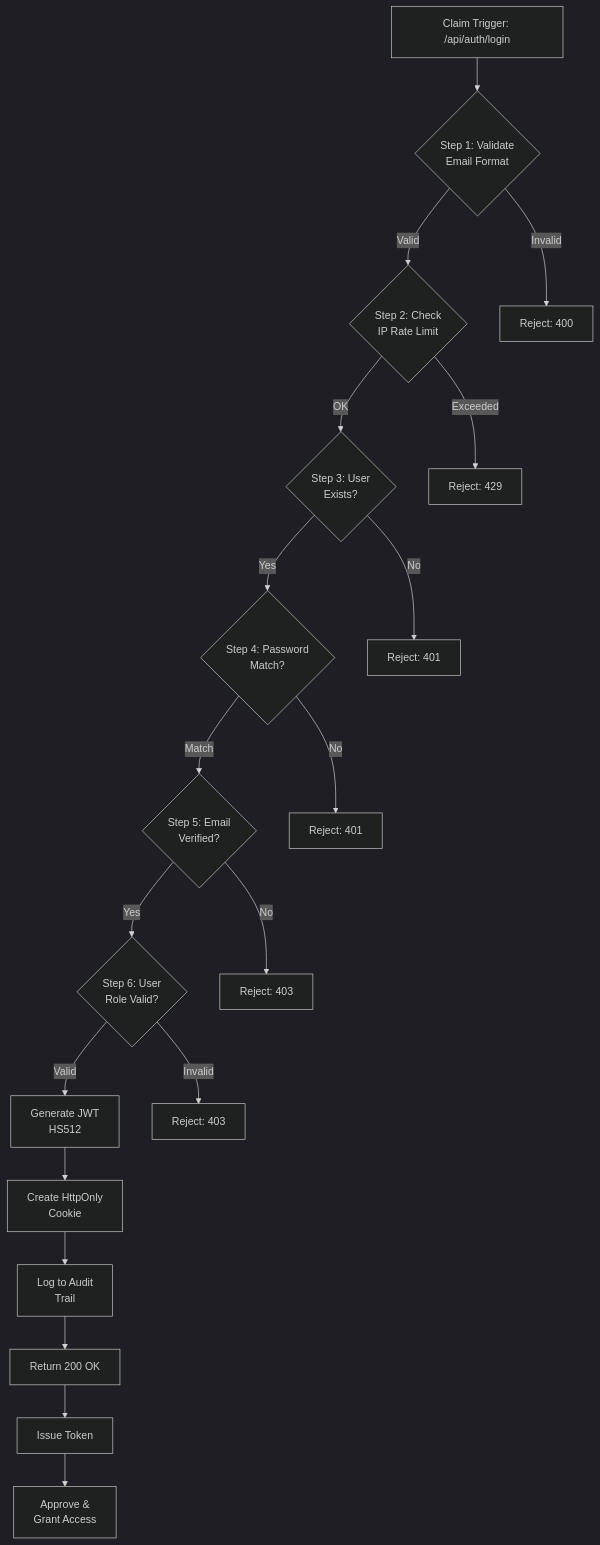
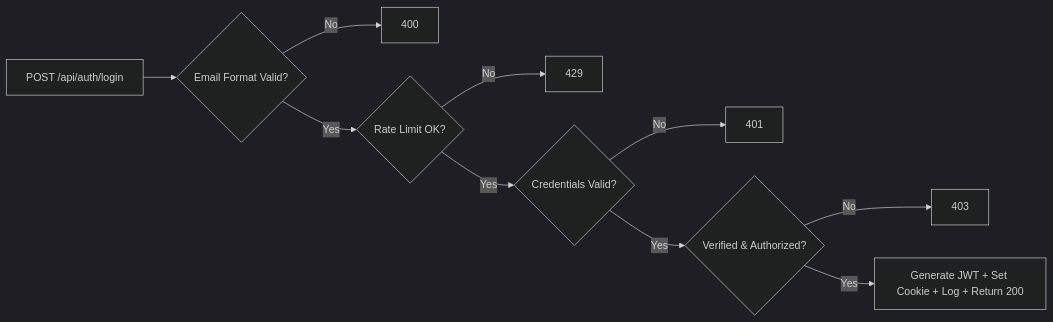
The second of 4 diagrams in README.md (LHemu2005/bridgesoft), drawn with Mermaid (dark theme) before and after one commit.

Commit message:
Revise flowchart direction and steps in README
Updated the flowchart to reflect changes in the Zero-Trust Validation Pipeline.

````diff
--- a/README.md
+++ b/README.md
@@ -246,27 +246,16 @@
 ```mermaid
-flowchart TD
-    A[Claim Trigger: /api/auth/login] --> B{Step 1: Validate<br/>Email Format}
-    B -->|Valid| C{Step 2: Check<br/>IP Rate Limit}
-    B -->|Invalid| Z[Reject: 400]
+flowchart LR
+    A[POST /api/auth/login] --> B{Email Format Valid?}
     
-    C -->|OK| D{Step 3: User<br/>Exists?}
-    C -->|Exceeded| Y[Reject: 429]
+    B -->|No| Z[400]
+    B -->|Yes| C{Rate Limit OK?}
     
-    D -->|Yes| E{Step 4: Password<br/>Match?}
-    D -->|No| X[Reject: 401]
+    C -->|No| Y[429]
+    C -->|Yes| D{Credentials Valid?}
     
-    E -->|Match| F{Step 5: Email<br/>Verified?}
-    E -->|No| W[Reject: 401]
+    D -->|No| X[401]
+    D -->|Yes| E{Verified & Authorized?}
     
-    F -->|Yes| G{Step 6: User<br/>Role Valid?}
-    F -->|No| V[Reject: 403]
-    
-    G -->|Valid| H[Generate JWT<br/>HS512]
-    G -->|Invalid| U[Reject: 403]
-    
-    H --> I[Create HttpOnly<br/>Cookie]
-    I --> J[Log to Audit<br/>Trail]
-    J --> K[Return 200 OK]
-    K --> L[Issue Token]
-    L --> M[Approve &<br/>Grant Access]
+    E -->|No| W[403]
+    E -->|Yes| F[Generate JWT + Set Cookie + Log + Return 200]
 ```
````
